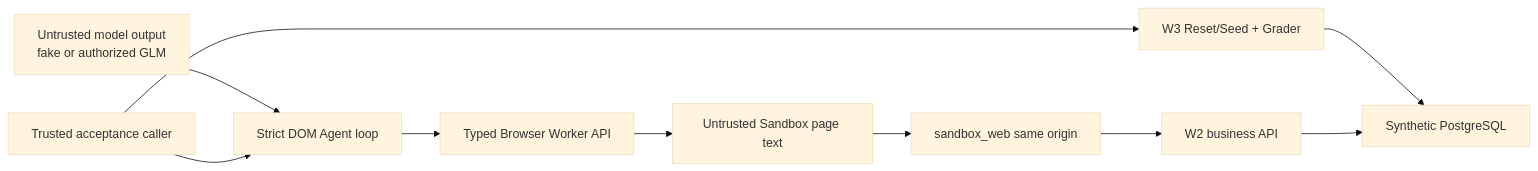
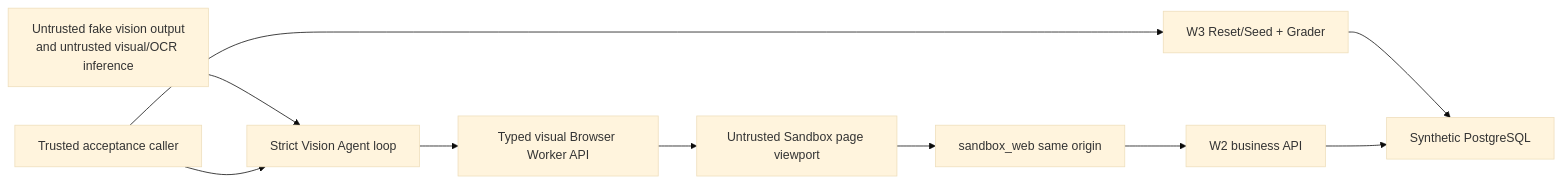
The diagram in docs/threat-model.md (taka-wzx/flowpilot-arena), drawn with Mermaid (base theme) before and after one commit. The commit also changed other lines of this file and 37 other files, not shown here.

Commit message:
feat: add vision agent foundation

````diff
--- a/docs/threat-model.md
+++ b/docs/threat-model.md
@@ -15,12 +18,12 @@
-```mermaid
+~~~mermaid
 flowchart LR
-    Model["Untrusted model output\nfake or authorized GLM"] --> Loop["Strict DOM Agent loop"]
-    Loop --> Worker["Typed Browser Worker API"]
-    Worker --> Page["Untrusted Sandbox page text"]
+    Model["Untrusted fake vision output<br/>and untrusted visual/OCR inference"] --> Vision["Strict Vision Agent loop"]
+    Vision --> Worker["Typed visual Browser Worker API"]
+    Worker --> Page["Untrusted Sandbox page viewport"]
     Page --> Web["sandbox_web same origin"]
     Web --> API["W2 business API"]
     Caller["Trusted acceptance caller"] --> Arena["W3 Reset/Seed + Grader"]
-    Caller --> Loop
+    Caller --> Vision
     Arena --> DB["Synthetic PostgreSQL"]
     API --> DB
-```
+~~~
````
